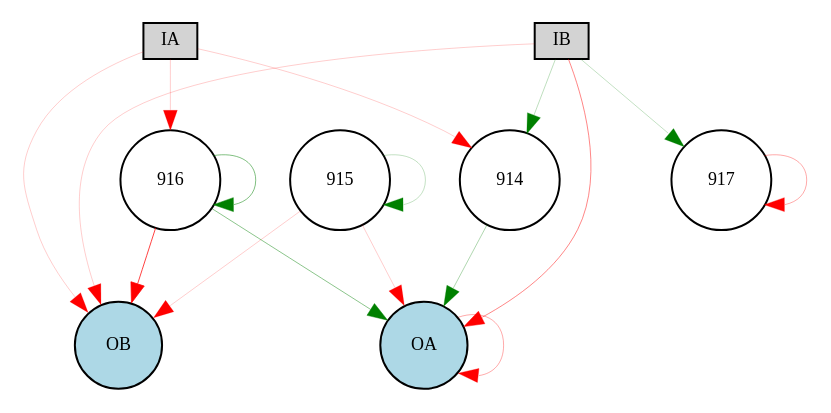
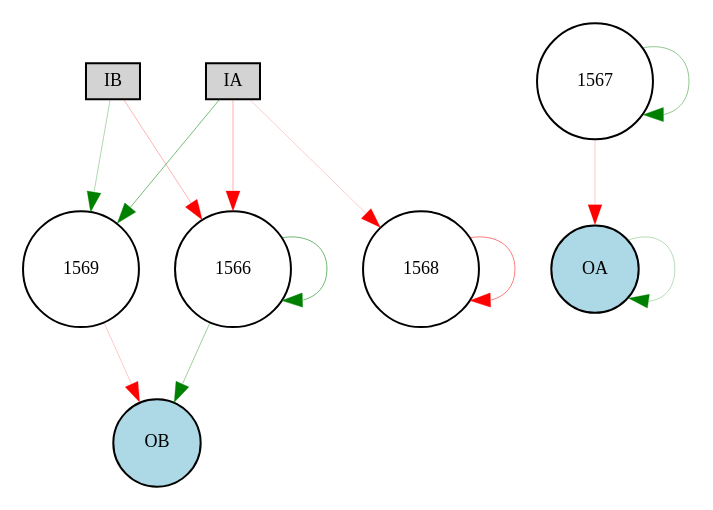
Before and after one commit to danxan/neuromorphic-evolution: the diagram in source/cont_exp/Digraph.gv, drawn with Graphviz. The commit also changed 6 other files, not shown here.

```diff
--- a/source/cont_exp/Digraph.gv
+++ b/source/cont_exp/Digraph.gv
@@ -1,26 +1,22 @@
 digraph {
 	node [fontsize=9 height=0.2 shape=circle width=0.2]
 	IA [fillcolor=lightgray shape=box style=filled]
 	IB [fillcolor=lightgray shape=box style=filled]
 	OA [fillcolor=lightblue style=filled]
 	OB [fillcolor=lightblue style=filled]
-	914 [fillcolor=white style=filled]
-	915 [fillcolor=white style=filled]
-	916 [fillcolor=white style=filled]
-	IA -> 914 [color=red penwidth=0.10328797612236984 style=solid]
-	IA -> 916 [color=red penwidth=0.1 style=solid]
-	IB -> 914 [color=green penwidth=0.13100863799137158 style=solid]
-	IB -> 917 [color=green penwidth=0.12496948046166124 style=solid]
-	914 -> OA [color=green penwidth=0.16252934188921436 style=solid]
-	915 -> OA [color=red penwidth=0.1 style=solid]
-	915 -> OB [color=red penwidth=0.1 style=solid]
-	916 -> OA [color=green penwidth=0.22827963836983753 style=solid]
-	916 -> OB [color=red penwidth=0.36587908402975544 style=solid]
-	IA -> OB [color=red penwidth=0.1 style=solid]
-	IB -> OA [color=red penwidth=0.2438633769574993 style=solid]
-	IB -> OB [color=red penwidth=0.1 style=solid]
-	OA -> OA [color=red penwidth=0.1691560348914864 style=solid]
-	915 -> 915 [color=green penwidth=0.11805430601385344 style=solid]
-	916 -> 916 [color=green penwidth=0.2474717357875259 style=solid]
-	917 -> 917 [color=red penwidth=0.169880618986825 style=solid]
+	1569 [fillcolor=white style=filled]
+	1566 [fillcolor=white style=filled]
+	1567 [fillcolor=white style=filled]
+	IA -> 1566 [color=red penwidth=0.1631764327173632 style=solid]
+	IA -> 1568 [color=red penwidth=0.1 style=solid]
+	IA -> 1569 [color=green penwidth=0.2679593457319775 style=solid]
+	IB -> 1566 [color=red penwidth=0.15016537033954463 style=solid]
+	IB -> 1569 [color=green penwidth=0.1586369992698376 style=solid]
+	1566 -> OB [color=green penwidth=0.1923451186994945 style=solid]
+	1567 -> OA [color=red penwidth=0.1 style=solid]
+	1569 -> OB [color=red penwidth=0.10763856503677793 style=solid]
+	OA -> OA [color=green penwidth=0.13781129975421932 style=solid]
+	1566 -> 1566 [color=green penwidth=0.2847895105734617 style=solid]
+	1567 -> 1567 [color=green penwidth=0.22279042542887886 style=solid]
+	1568 -> 1568 [color=red penwidth=0.2553996469478558 style=solid]
 }
```
